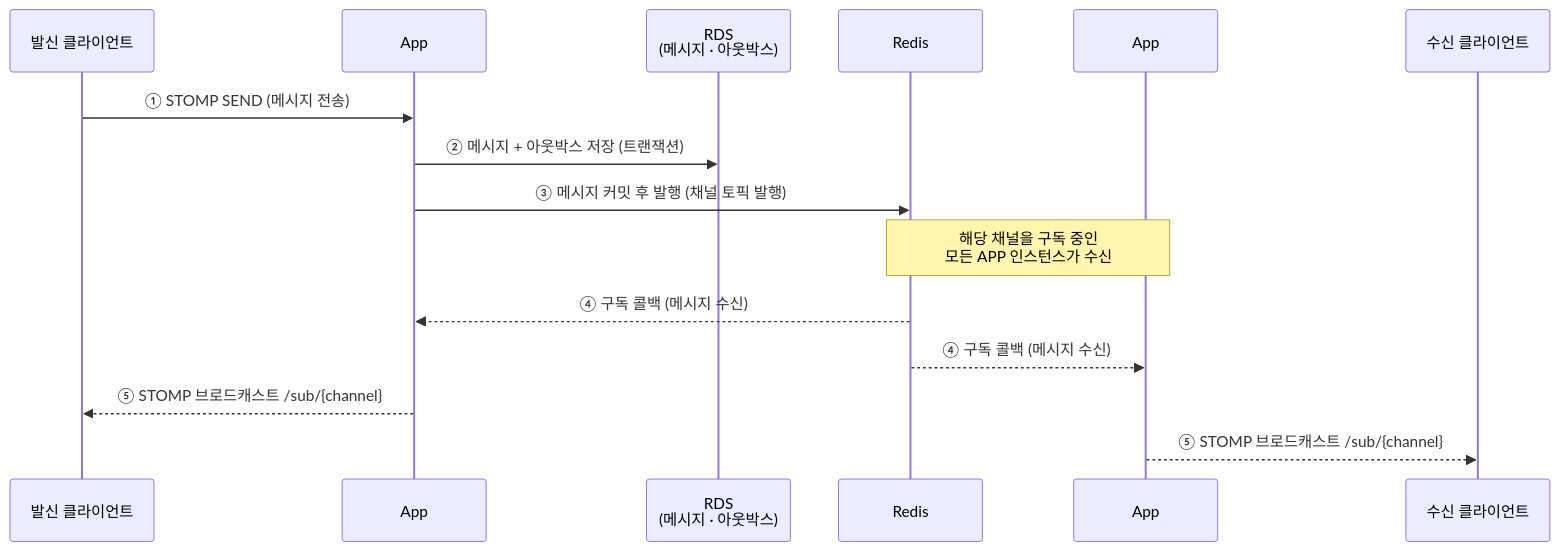
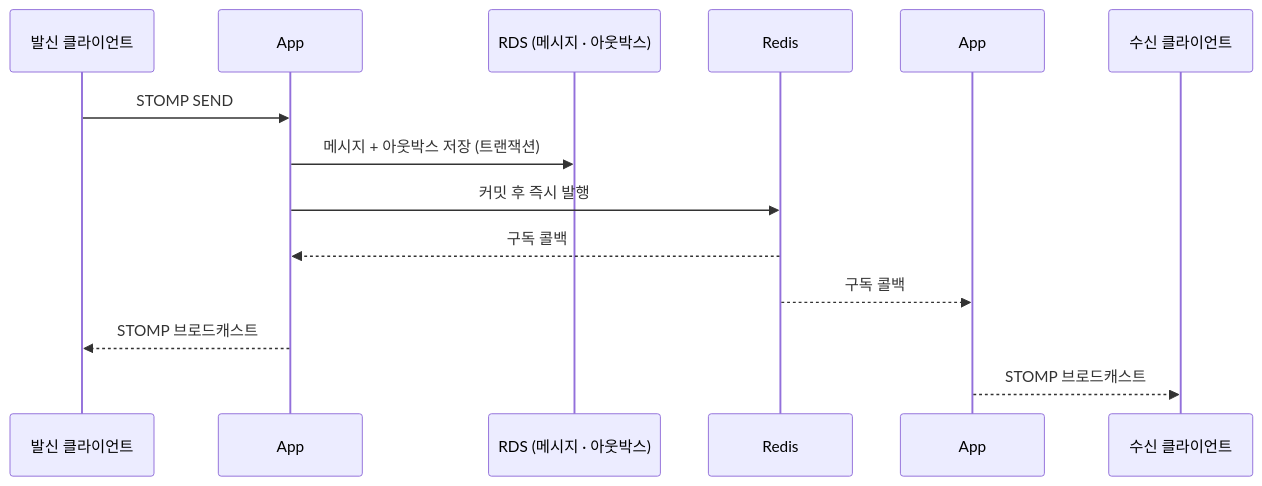
Before and after one commit to Splleat/Messenger-Project: the first of 2 diagrams in README.md, drawn with Mermaid. The commit also changed other lines of this file and 5 other files, not shown here.

````diff
--- a/README.md
+++ b/README.md
@@ -35,18 +42,17 @@
 ```mermaid
 sequenceDiagram
     participant C1 as 발신 클라이언트
-    participant A1 as App #1<br/>(C1 연결)
-    participant DB as RDS<br/>(메시지 · 아웃박스)
+    participant A1 as App #1 (C1 연결)
+    participant DB as RDS (메시지 · 아웃박스)
     participant R as Redis
-    participant A2 as App #2<br/>(C2 연결)
+    participant A2 as App #2 (C2 연결)
     participant C2 as 수신 클라이언트
 
-    C1->>A1: ① STOMP SEND (메시지 전송)
-    A1->>DB: ② 메시지 + 아웃박스 저장 (트랜잭션)
-    A1->>R: ③ 메시지 커밋 후 발행 (채널 토픽 발행)
-    Note over R,A2: 해당 채널을 구독 중인<br/>모든 APP 인스턴스가 수신
-    R-->>A1: ④ 구독 콜백 (메시지 수신)
-    R-->>A2: ④ 구독 콜백 (메시지 수신)
-    A1-->>C1: ⑤ STOMP 브로드캐스트 /sub/{channel}
-    A2-->>C2: ⑤ STOMP 브로드캐스트 /sub/{channel}
+    C1->>A1: STOMP SEND
+    A1->>DB: 메시지 + 아웃박스 저장 (트랜잭션)
+    A1->>R: 커밋 후 즉시 발행
+    R-->>A1: 구독 콜백
+    R-->>A2: 구독 콜백
+    A1-->>C1: STOMP 브로드캐스트
+    A2-->>C2: STOMP 브로드캐스트
 ```
````
